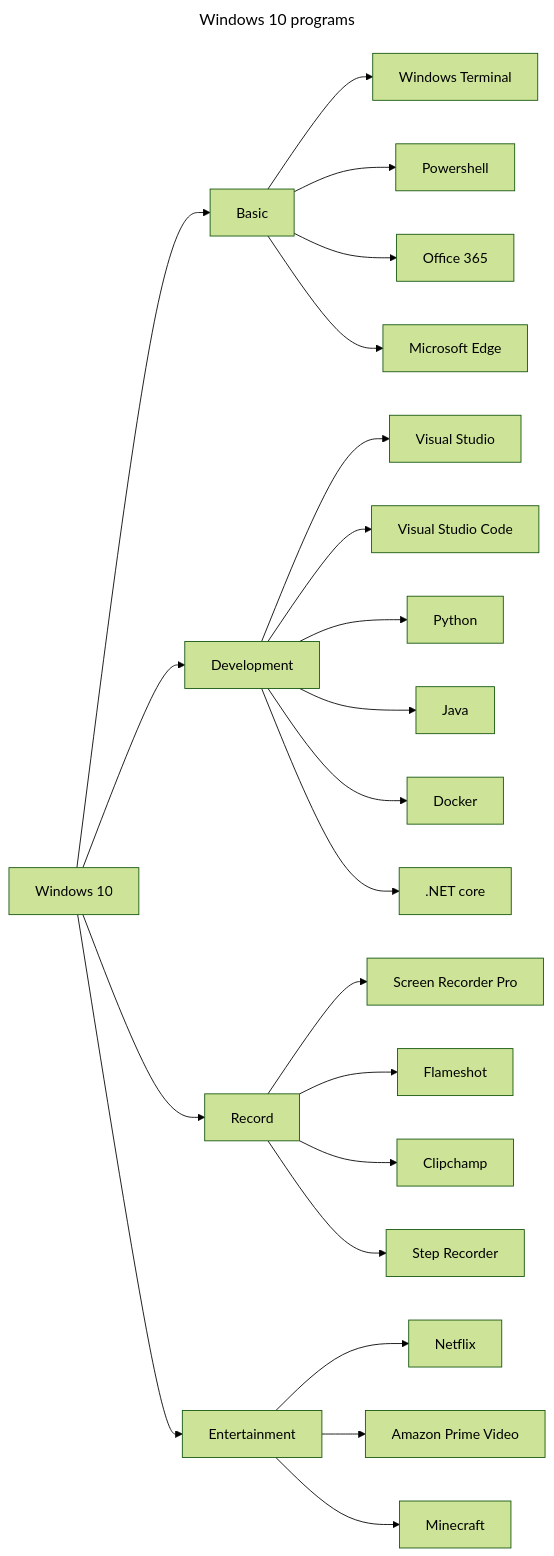
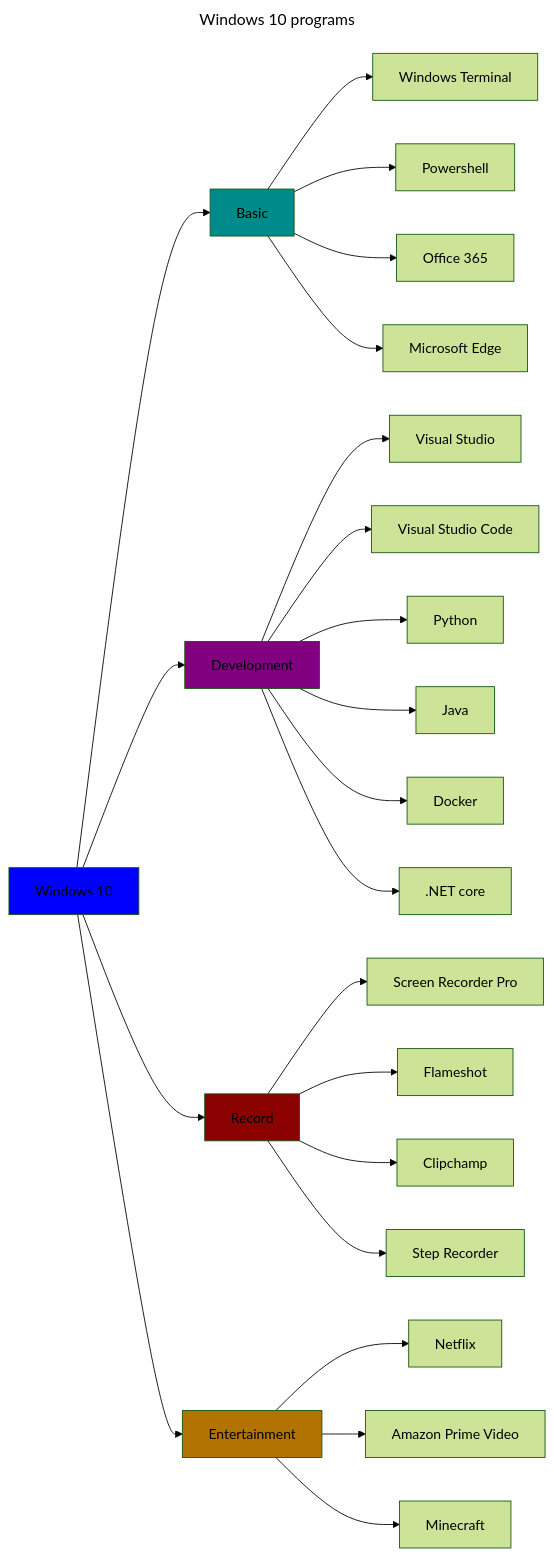
Before and after one commit to F4NT0/My_Windows_Programs: the diagram in README.md, drawn with Mermaid (forest theme).

````diff
--- a/README.md
+++ b/README.md
@@ -5,31 +5,38 @@
 ```mermaid
 ---
 title: Windows 10 programs
 ---
 flowchart LR
-    A[Windows 10] --> B[Basic]
-    A --> Dev[Development]
-    A --> Rec[Record]
-    A --> Ent[Entertainment]
+    A[Windows 10]:::classA --> B[Basic]:::classBasic
+    A --> Dev[Development]:::classDev
+    A --> Rec[Record]:::classRec
+    A --> Ent[Entertainment]:::classEnt
 
     B --> Wt[Windows Terminal]
     B --> Pws[Powershell]
     B --> Office[Office 365]
     B --> Edge[Microsoft Edge]
 
     Dev --> VST[Visual Studio]
     Dev --> VSC[Visual Studio Code]
     Dev --> Py[Python]
     Dev --> Java[Java]
     Dev --> Docker[Docker]
     Dev --> Dotnet[.NET core]
 
     Rec --> SRP[Screen Recorder Pro]
     Rec --> FMS[Flameshot]
     Rec --> CC[Clipchamp]
     Rec --> SR[Step Recorder]
 
     Ent --> NF[Netflix]
     Ent --> AM[Amazon Prime Video]
     Ent --> MT[Minecraft]
+
+    classDef classA fill:blue
+    classDef classBasic fill:darkcyan
+    classDef classDev fill:purple
+    classDef classRec fill:darkred
+    classDef classEnt fill:#b27300
+  
 ```
````
